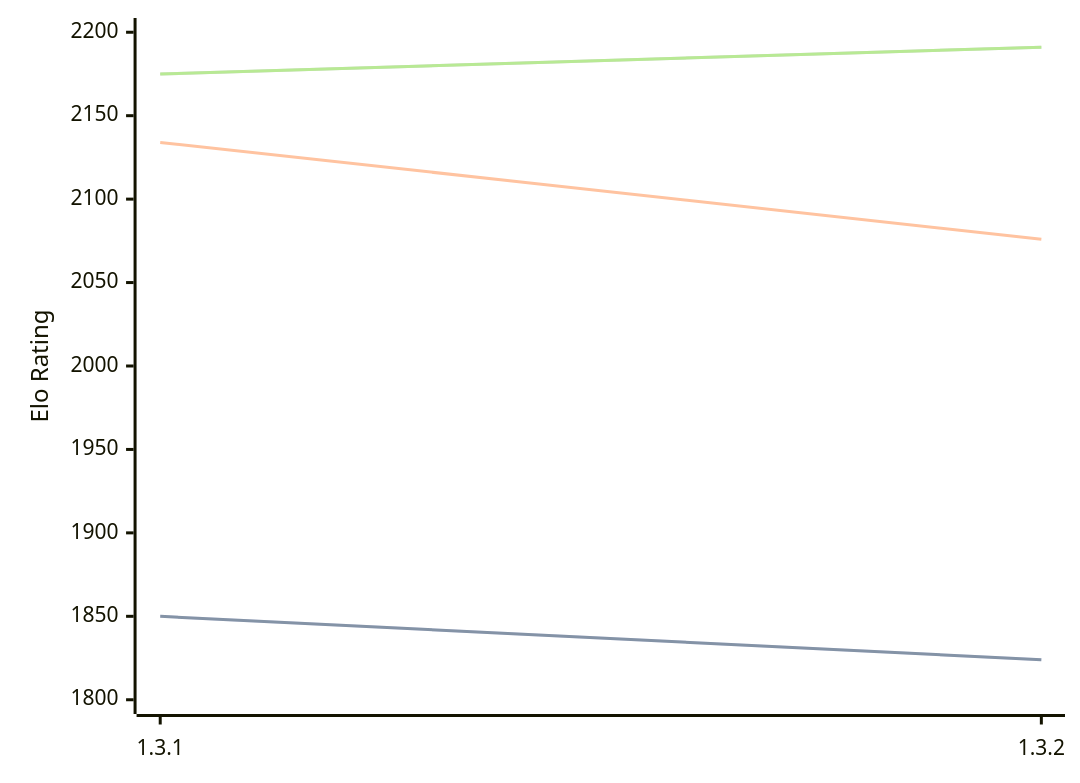
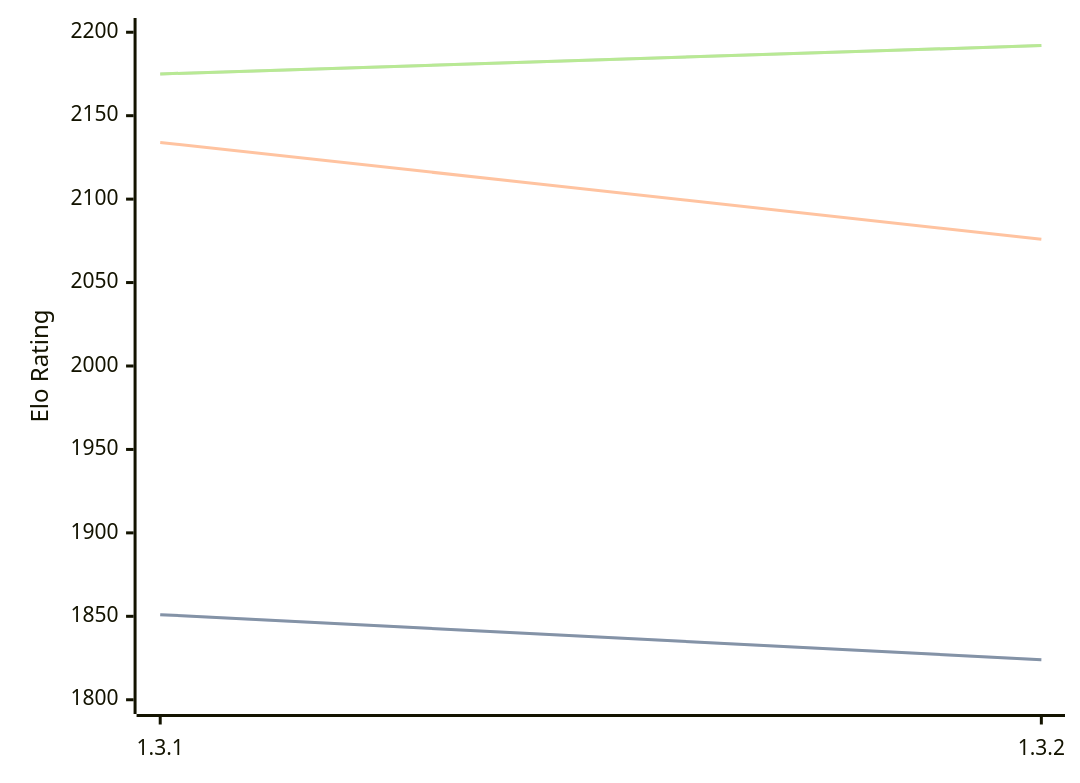
One commit to computer-chess-index/cci changed the first of 3 diagrams in engines/Zugblitz.md. Above: the diagram before and after it, drawn with Mermaid. The commit also changed other lines of this file, not shown here.

Commit message:
Update CCI Ratings (ELO VLTC) - 2026-07-02

````diff
--- a/engines/Zugblitz.md
+++ b/engines/Zugblitz.md
@@ -32,11 +32,11 @@
 ```mermaid
 %%{init: {"theme":"base","themeVariables":{"seriesColors:['#a3a3a3','#222221','#faa371']}}}%%
 xychart-beta
   x-axis ["1.3.1", "1.3.2"]
   y-axis "Elo Rating" 1800 --> 2200
-  line "STC (8.0+0.08s)" [1850, 1824]
-  line "STC (8.0+0.08s)" [1850, 1824]
+  line "STC (8.0+0.08s)" [1851, 1824]
+  line "STC (8.0+0.08s)" [1851, 1824]
   line "LTC (60.0+0.60s)" [2134, 2076]
-  line "VLTC (2m24s+1.12s)" [2175, 2191]
-  line "VLTC (2m24s+1.12s)" [2175, 2191]
+  line "VLTC (2m24s+1.12s)" [2175, 2192]
+  line "VLTC (2m24s+1.12s)" [2175, 2192]
 ```
````
